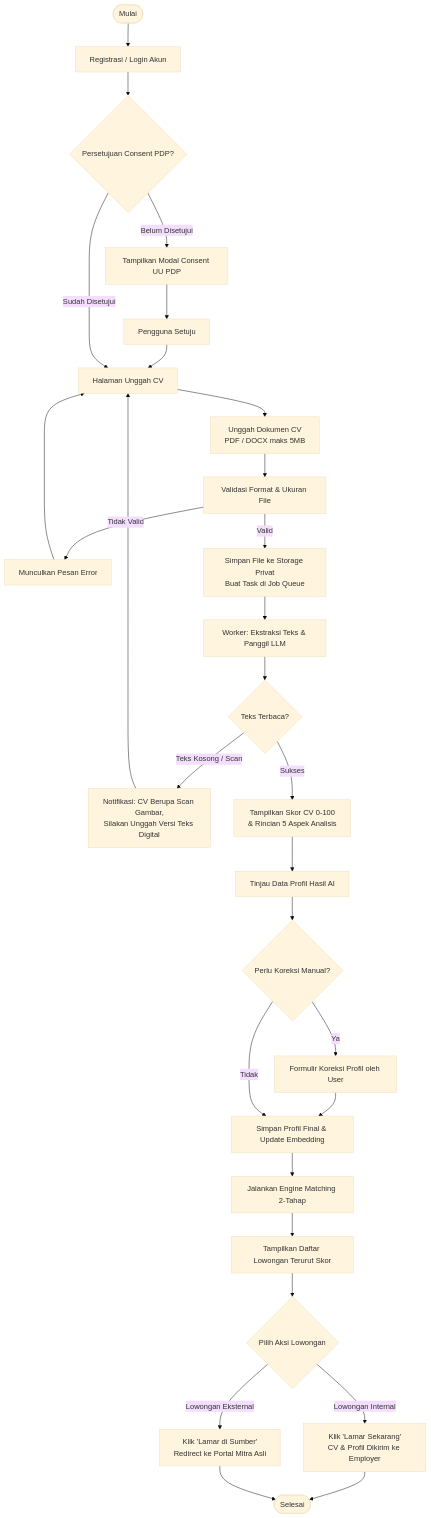
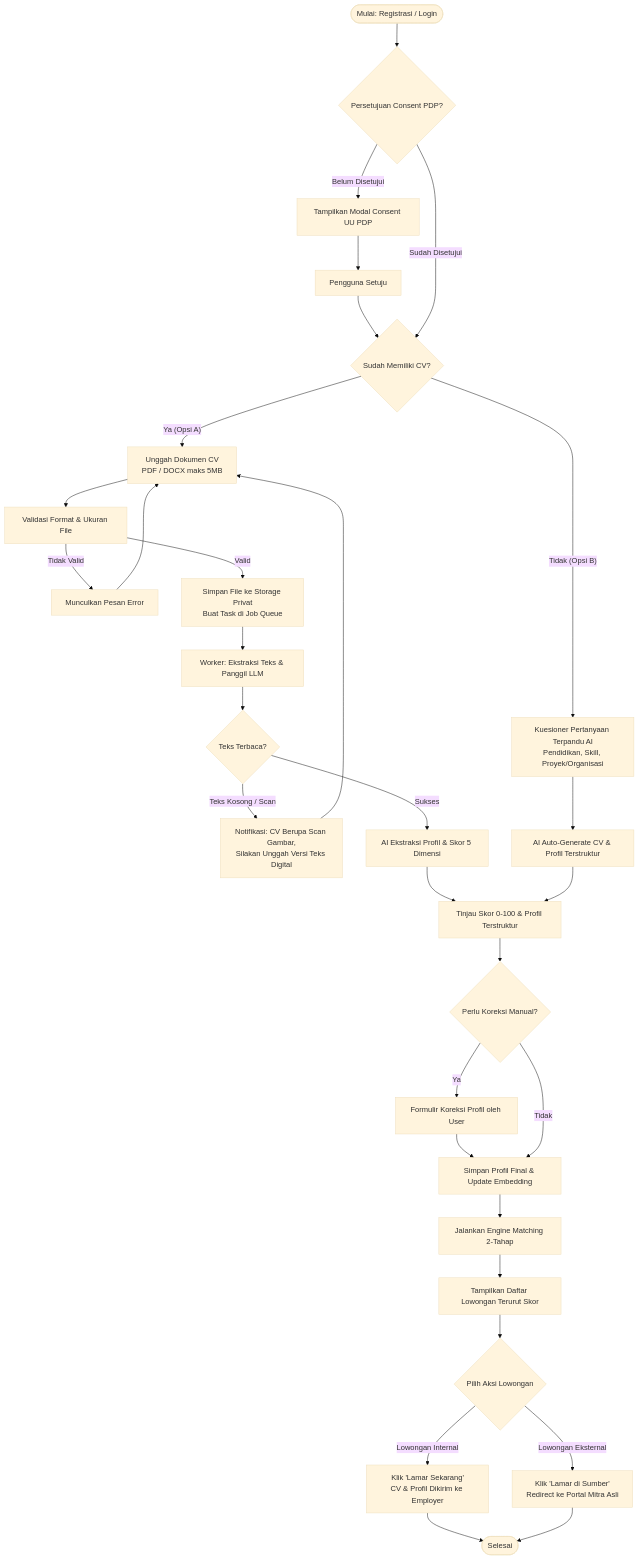
Before and after one commit to DanuZen/Technopreuneur-: the first of 5 diagrams in docs/workflow.md, drawn with Mermaid (base theme). The commit also changed other lines of this file and 9 other files, not shown here.

````diff
--- a/docs/workflow.md
+++ b/docs/workflow.md
@@ -20,31 +24,39 @@
 ```mermaid
 flowchart TD
-    A([Mulai]) --> B[Registrasi / Login Akun]
-    B --> C{Persetujuan Consent PDP?}
-    C -- Belum Disetujui --> D[Tampilkan Modal Consent UU PDP]
-    D --> E[Pengguna Setuju]
-    E --> F[Halaman Unggah CV]
-    C -- Sudah Disetujui --> F
-    F --> G[Unggah Dokumen CV\nPDF / DOCX maks 5MB]
-    G --> H[Validasi Format & Ukuran File]
-    H -- Tidak Valid --> I[Munculkan Pesan Error]
-    I --> F
-    H -- Valid --> J[Simpan File ke Storage Privat\nBuat Task di Job Queue]
-    J --> K[Worker: Ekstraksi Teks & Panggil LLM]
-    K --> L{Teks Terbaca?}
-    L -- Teks Kosong / Scan --> M[Notifikasi: CV Berupa Scan Gambar,\nSilakan Unggah Versi Teks Digital]
-    M --> F
-    L -- Sukses --> N[Tampilkan Skor CV 0-100\n& Rincian 5 Aspek Analisis]
-    N --> O[Tinjau Data Profil Hasil AI]
-    O --> P{Perlu Koreksi Manual?}
-    P -- Ya --> Q[Formulir Koreksi Profil oleh User]
-    Q --> R[Simpan Profil Final & Update Embedding]
-    P -- Tidak --> R
-    R --> S[Jalankan Engine Matching 2-Tahap]
-    S --> T[Tampilkan Daftar Lowongan Terurut Skor]
-    T --> U{Pilih Aksi Lowongan}
-    U -- Lowongan Internal --> V[Klik 'Lamar Sekarang'\nCV & Profil Dikirim ke Employer]
-    U -- Lowongan Eksternal --> W[Klik 'Lamar di Sumber'\nRedirect ke Portal Mitra Asli]
-    V --> X([Selesai])
-    W --> X
+    A([Mulai: Registrasi / Login]) --> B{Persetujuan Consent PDP?}
+    B -- Belum Disetujui --> C[Tampilkan Modal Consent UU PDP]
+    C --> D[Pengguna Setuju]
+    D --> E{Sudah Memiliki CV?}
+    B -- Sudah Disetujui --> E
+
+    %% JALUR A: PUNYA CV
+    E -- Ya (Opsi A) --> F[Unggah Dokumen CV\nPDF / DOCX maks 5MB]
+    F --> G[Validasi Format & Ukuran File]
+    G -- Tidak Valid --> H[Munculkan Pesan Error]
+    H --> F
+    G -- Valid --> I[Simpan File ke Storage Privat\nBuat Task di Job Queue]
+    I --> J[Worker: Ekstraksi Teks & Panggil LLM]
+    J --> K{Teks Terbaca?}
+    K -- Teks Kosong / Scan --> L[Notifikasi: CV Berupa Scan Gambar,\nSilakan Unggah Versi Teks Digital]
+    L --> F
+    K -- Sukses --> M[AI Ekstraksi Profil & Skor 5 Dimensi]
+
+    %% JALUR B: TIDAK PUNYA CV
+    E -- Tidak (Opsi B) --> N[Kuesioner Pertanyaan Terpandu AI\nPendidikan, Skill, Proyek/Organisasi]
+    N --> O[AI Auto-Generate CV & Profil Terstruktur]
+
+    %% PENYATUAN DUA JALUR
+    M --> P[Tinjau Skor 0-100 & Profil Terstruktur]
+    O --> P
+    P --> Q{Perlu Koreksi Manual?}
+    Q -- Ya --> R[Formulir Koreksi Profil oleh User]
+    R --> S[Simpan Profil Final & Update Embedding]
+    Q -- Tidak --> S
+    S --> T[Jalankan Engine Matching 2-Tahap]
+    T --> U[Tampilkan Daftar Lowongan Terurut Skor]
+    U --> V{Pilih Aksi Lowongan}
+    V -- Lowongan Internal --> W[Klik 'Lamar Sekarang'\nCV & Profil Dikirim ke Employer]
+    V -- Lowongan Eksternal --> X[Klik 'Lamar di Sumber'\nRedirect ke Portal Mitra Asli]
+    W --> Y([Selesai])
+    X --> Y
 ```
````
